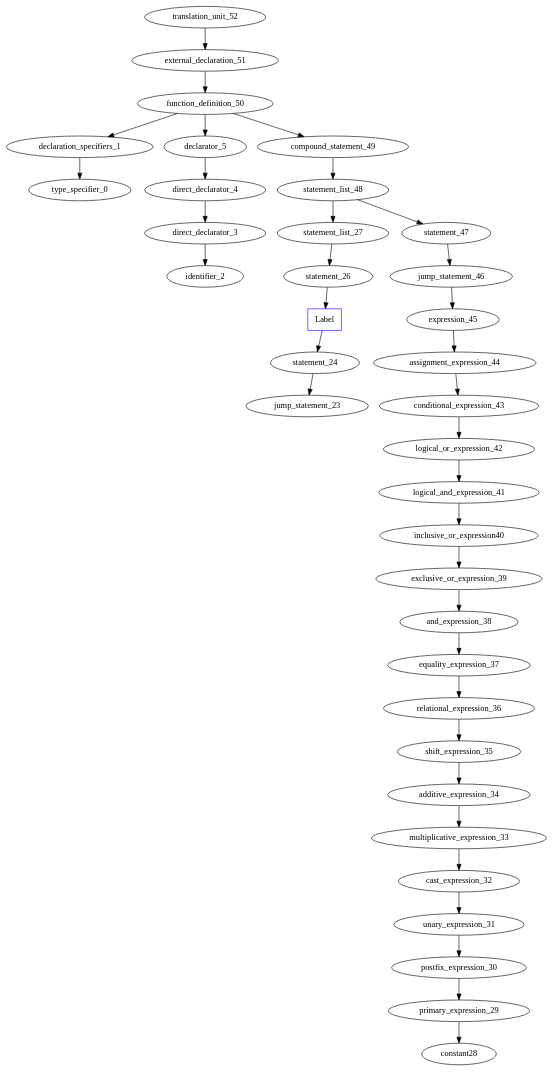
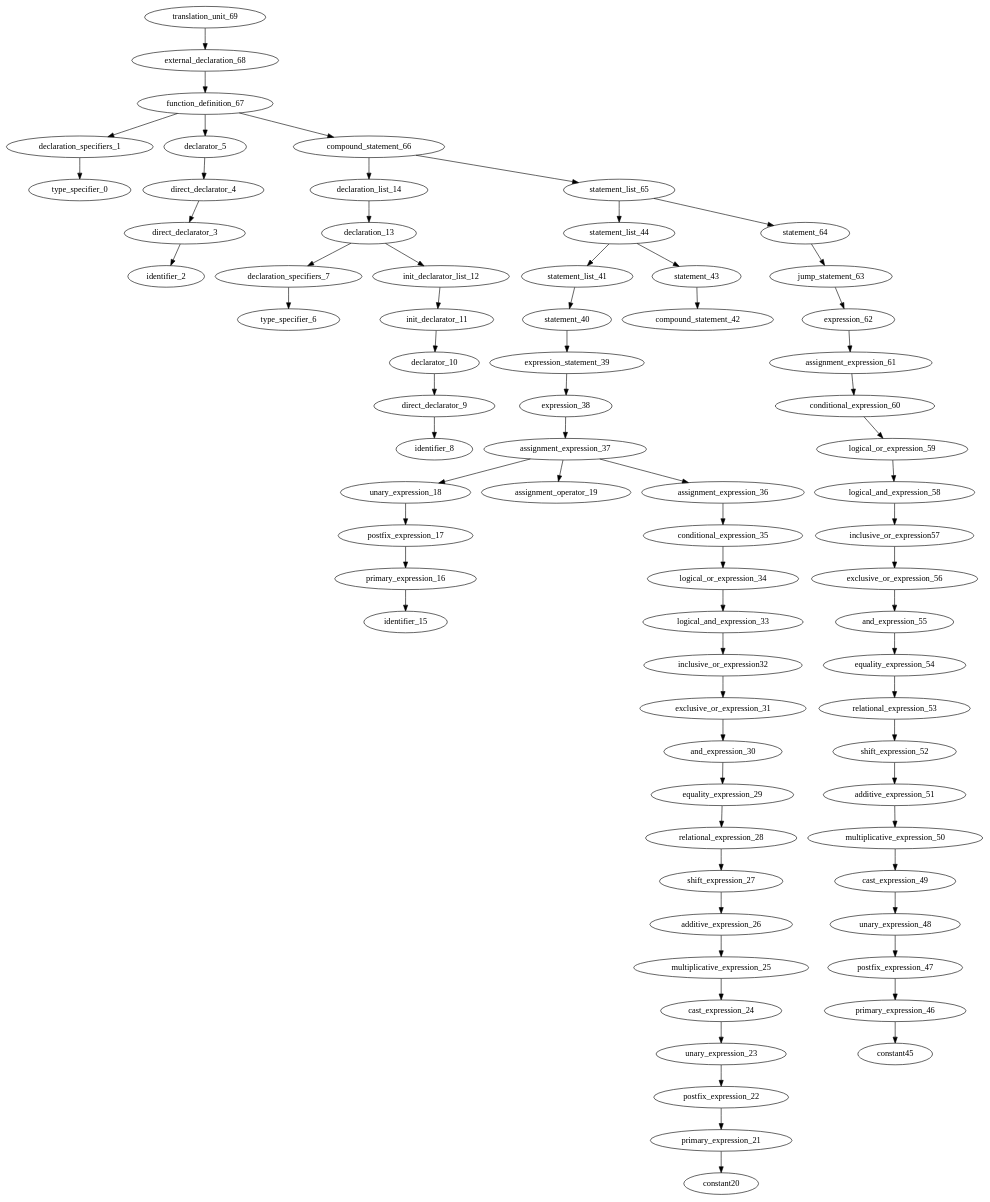
Before and after one commit to ahpalmerUNR/c_compiler: the diagram in graphs/default.gv, drawn with Graphviz. The commit also changed 6 other files, not shown here.

```diff
--- a/graphs/default.gv
+++ b/graphs/default.gv
@@ -1,38 +1,71 @@
 digraph AST {
-	translation_unit_52 -> external_declaration_51;
-	external_declaration_51 -> function_definition_50;
-	function_definition_50 -> declaration_specifiers_1;
+	translation_unit_69 -> external_declaration_68;
+	external_declaration_68 -> function_definition_67;
+	function_definition_67 -> declaration_specifiers_1;
 	declaration_specifiers_1 -> type_specifier_0;
-	function_definition_50 -> declarator_5;
+	function_definition_67 -> declarator_5;
 	declarator_5 -> direct_declarator_4;
 	direct_declarator_4 -> direct_declarator_3;
 	direct_declarator_3 -> identifier_2;
-	function_definition_50 -> compound_statement_49;
-	compound_statement_49 -> statement_list_48;
-	statement_list_48 -> statement_list_27;
-	statement_list_27 -> statement_26;
-	statement_26 -> labeled_statement_25;
-	labeled_statement_25 [shape = box,color=blue,label="Label"]
-	labeled_statement_25 -> statement_24;
-	statement_24 -> jump_statement_23;
-	statement_list_48 -> statement_47;
-	statement_47 -> jump_statement_46;
-	jump_statement_46 -> expression_45;
-	expression_45 -> assignment_expression_44;
-	assignment_expression_44 -> conditional_expression_43;
-	conditional_expression_43 -> logical_or_expression_42;
-	logical_or_expression_42 -> logical_and_expression_41;
-	logical_and_expression_41 -> inclusive_or_expression40;
-	inclusive_or_expression40 -> exclusive_or_expression_39;
-	exclusive_or_expression_39 -> and_expression_38;
-	and_expression_38 -> equality_expression_37;
-	equality_expression_37 -> relational_expression_36;
-	relational_expression_36 -> shift_expression_35;
-	shift_expression_35 -> additive_expression_34;
-	additive_expression_34 -> multiplicative_expression_33;
-	multiplicative_expression_33 -> cast_expression_32;
-	cast_expression_32 -> unary_expression_31;
-	unary_expression_31 -> postfix_expression_30;
-	postfix_expression_30 -> primary_expression_29;
-	primary_expression_29 -> constant28;
+	function_definition_67 -> compound_statement_66;
+	compound_statement_66 -> declaration_list_14;
+	declaration_list_14 -> declaration_13;
+	declaration_13 -> declaration_specifiers_7;
+	declaration_specifiers_7 -> type_specifier_6;
+	declaration_13 -> init_declarator_list_12;
+	init_declarator_list_12 -> init_declarator_11;
+	init_declarator_11 -> declarator_10;
+	declarator_10 -> direct_declarator_9;
+	direct_declarator_9 -> identifier_8;
+	compound_statement_66 -> statement_list_65;
+	statement_list_65 -> statement_list_44;
+	statement_list_44 -> statement_list_41;
+	statement_list_41 -> statement_40;
+	statement_40 -> expression_statement_39;
+	expression_statement_39 -> expression_38;
+	expression_38 -> assignment_expression_37;
+	assignment_expression_37 -> unary_expression_18;
+	unary_expression_18 -> postfix_expression_17;
+	postfix_expression_17 -> primary_expression_16;
+	primary_expression_16 -> identifier_15;
+	assignment_expression_37 -> assignment_operator_19;
+	assignment_expression_37 -> assignment_expression_36;
+	assignment_expression_36 -> conditional_expression_35;
+	conditional_expression_35 -> logical_or_expression_34;
+	logical_or_expression_34 -> logical_and_expression_33;
+	logical_and_expression_33 -> inclusive_or_expression32;
+	inclusive_or_expression32 -> exclusive_or_expression_31;
+	exclusive_or_expression_31 -> and_expression_30;
+	and_expression_30 -> equality_expression_29;
+	equality_expression_29 -> relational_expression_28;
+	relational_expression_28 -> shift_expression_27;
+	shift_expression_27 -> additive_expression_26;
+	additive_expression_26 -> multiplicative_expression_25;
+	multiplicative_expression_25 -> cast_expression_24;
+	cast_expression_24 -> unary_expression_23;
+	unary_expression_23 -> postfix_expression_22;
+	postfix_expression_22 -> primary_expression_21;
+	primary_expression_21 -> constant20;
+	statement_list_44 -> statement_43;
+	statement_43 -> compound_statement_42;
+	statement_list_65 -> statement_64;
+	statement_64 -> jump_statement_63;
+	jump_statement_63 -> expression_62;
+	expression_62 -> assignment_expression_61;
+	assignment_expression_61 -> conditional_expression_60;
+	conditional_expression_60 -> logical_or_expression_59;
+	logical_or_expression_59 -> logical_and_expression_58;
+	logical_and_expression_58 -> inclusive_or_expression57;
+	inclusive_or_expression57 -> exclusive_or_expression_56;
+	exclusive_or_expression_56 -> and_expression_55;
+	and_expression_55 -> equality_expression_54;
+	equality_expression_54 -> relational_expression_53;
+	relational_expression_53 -> shift_expression_52;
+	shift_expression_52 -> additive_expression_51;
+	additive_expression_51 -> multiplicative_expression_50;
+	multiplicative_expression_50 -> cast_expression_49;
+	cast_expression_49 -> unary_expression_48;
+	unary_expression_48 -> postfix_expression_47;
+	postfix_expression_47 -> primary_expression_46;
+	primary_expression_46 -> constant45;
 }
```
